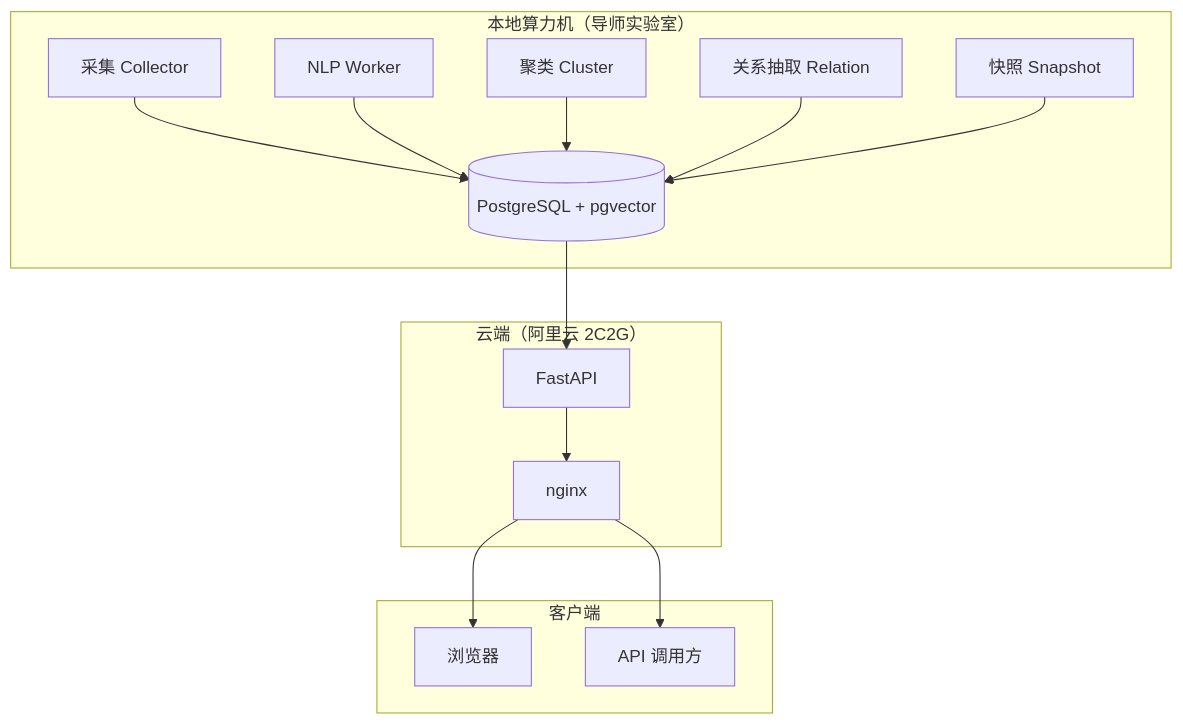
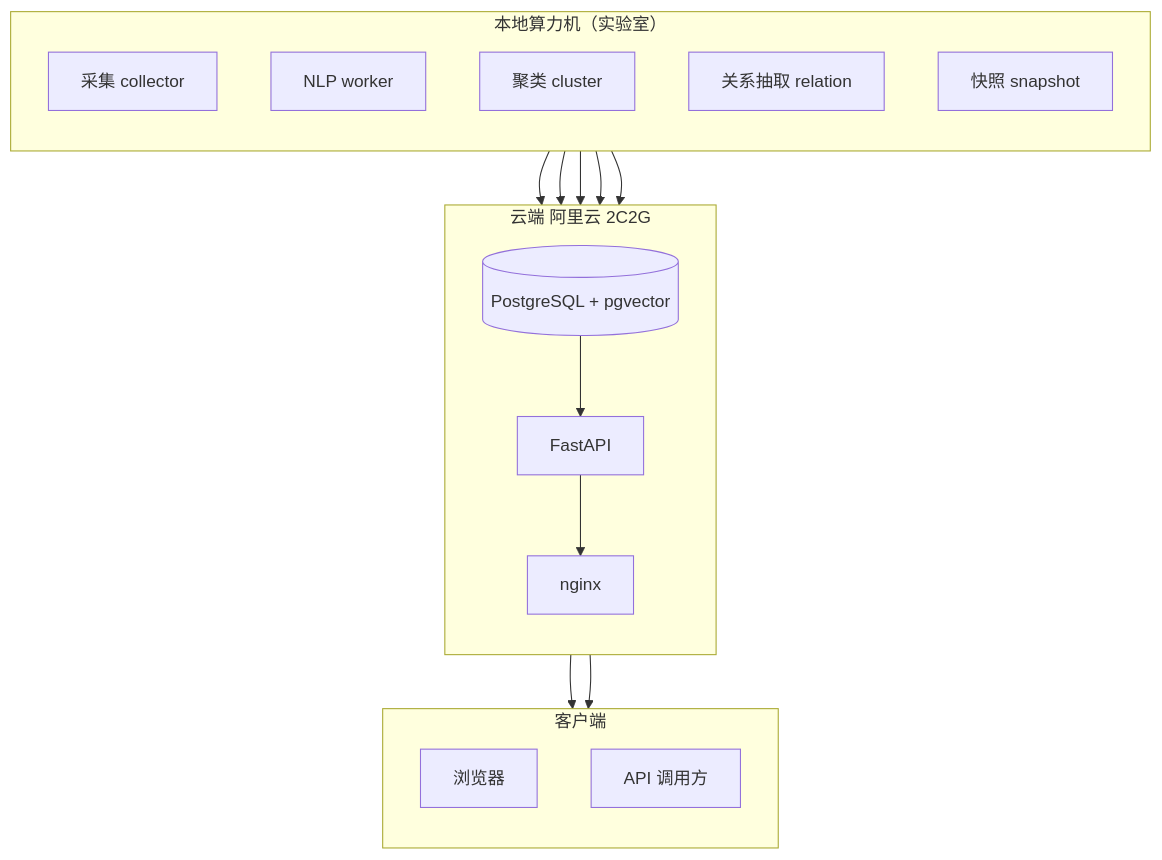
Before and after one commit to yangyh-2025/agendascope: the diagram in README.md, drawn with Mermaid. The commit also changed other lines of this file, not shown here.

Commit message:
[docs] README 架构图改 flowchart 语法修复 GitHub 渲染失败，移除英文版专注中文

````diff
--- a/README.md
+++ b/README.md
@@ -43,21 +37,34 @@
 ```mermaid
-graph TB
-    subgraph Local["本地算力机（导师实验室）"]
-        A1[采集 Collector] --> DB
-        A2[NLP Worker] --> DB
-        A3[聚类 Cluster] --> DB
-        A4[关系抽取 Relation] --> DB
-        A5[快照 Snapshot] --> DB
+flowchart TB
+    subgraph Local["本地算力机（实验室）"]
+        direction TB
+        W1["采集 collector"]
+        W2["NLP worker"]
+        W3["聚类 cluster"]
+        W4["关系抽取 relation"]
+        W5["快照 snapshot"]
     end
-    subgraph Cloud["云端（阿里云 2C2G）"]
-        DB[(PostgreSQL + pgvector)]
-        API[FastAPI]
-        WEB[nginx]
+
+    subgraph Cloud["云端 阿里云 2C2G"]
+        direction TB
+        DB[("PostgreSQL + pgvector")]
+        API["FastAPI"]
+        WEB["nginx"]
     end
+
     subgraph Client["客户端"]
-        B1[浏览器]
-        B2[API 调用方]
+        direction TB
+        B1["浏览器"]
+        B2["API 调用方"]
     end
-    DB --> API --> WEB --> B1
+
+    W1 --> DB
+    W2 --> DB
+    W3 --> DB
+    W4 --> DB
+    W5 --> DB
+    DB --> API
+    API --> WEB
+    WEB --> B1
     WEB --> B2
 ```
````
